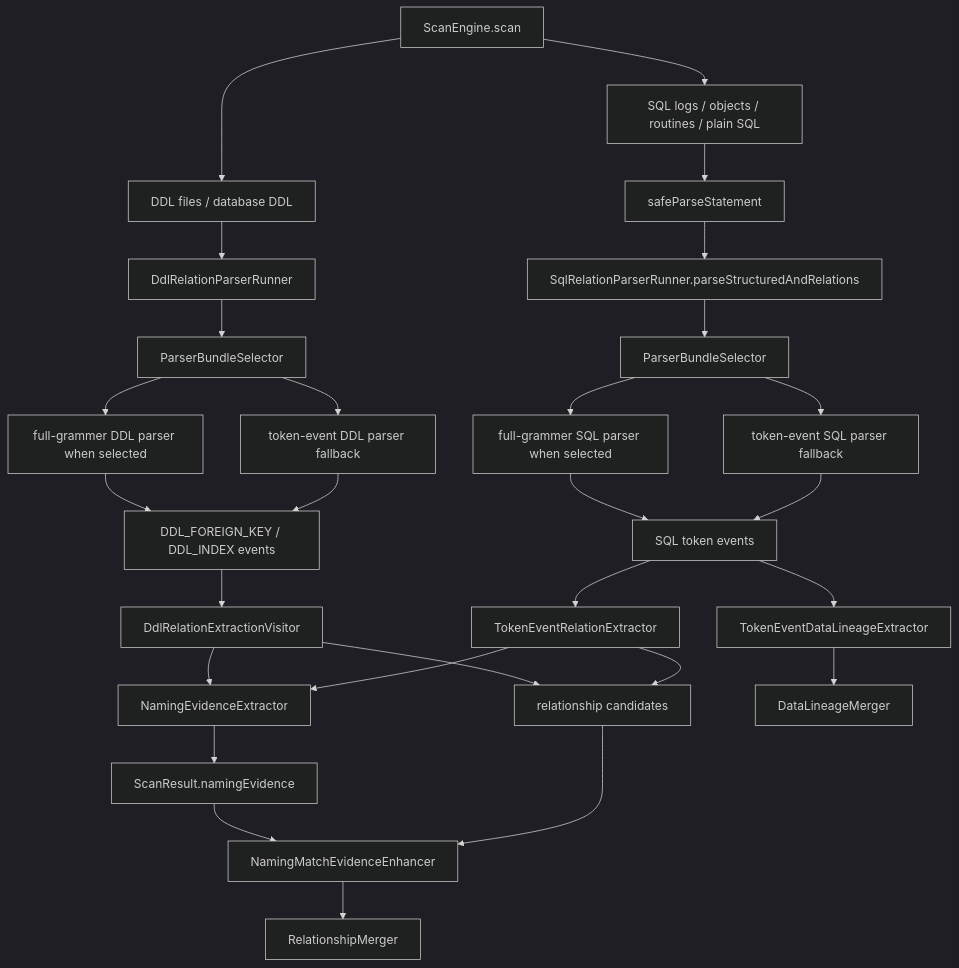
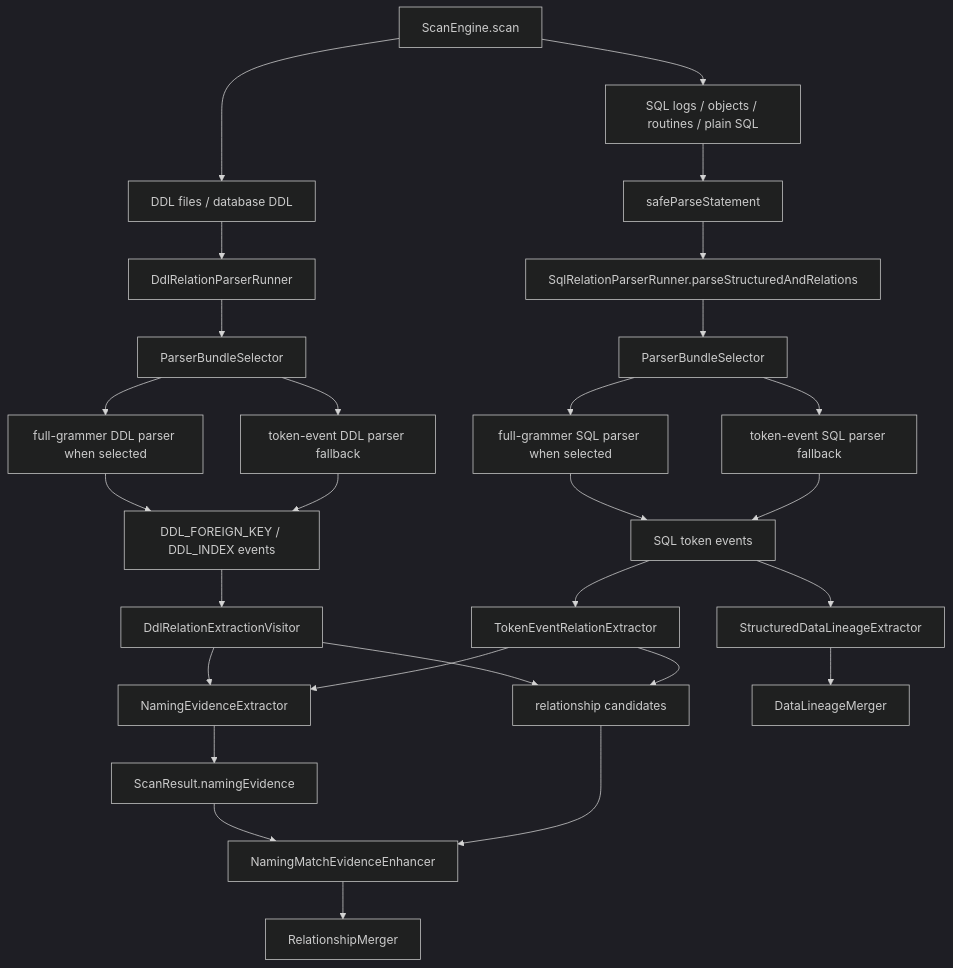
One commit to xiaoguang/relation-detector changed the first of 7 diagrams in docs/design/relation-detector/phase-06-parser-enhancement.md. Above: the diagram before and after it, drawn with Mermaid (dark theme). The commit also changed other lines of this file and 15 other files, not shown here.

````diff
--- a/docs/design/relation-detector/phase-06-parser-enhancement.md
+++ b/docs/design/relation-detector/phase-06-parser-enhancement.md
@@ -234,33 +234,33 @@
 ```mermaid
 flowchart TD
   scan["ScanEngine.scan"]
 
   scan --> ddlInput["DDL files / database DDL"]
   ddlInput --> ddlRunner["DdlRelationParserRunner"]
   ddlRunner --> ddlBundle["ParserBundleSelector"]
   ddlBundle --> ddlFull["full-grammer DDL parser when selected"]
   ddlBundle --> ddlToken["token-event DDL parser fallback"]
   ddlFull --> ddlEvents["DDL_FOREIGN_KEY / DDL_INDEX events"]
   ddlToken --> ddlEvents
   ddlEvents --> ddlRel["DdlRelationExtractionVisitor"]
   ddlRel --> namingExtract["NamingEvidenceExtractor"]
   ddlRel --> relCandidates["relationship candidates"]
 
   scan --> sqlInput["SQL logs / objects / routines / plain SQL"]
   sqlInput --> safeSql["safeParseStatement"]
   safeSql --> sqlRunner["SqlRelationParserRunner.parseStructuredAndRelations"]
   sqlRunner --> sqlBundle["ParserBundleSelector"]
   sqlBundle --> sqlFull["full-grammer SQL parser when selected"]
   sqlBundle --> sqlToken["token-event SQL parser fallback"]
   sqlFull --> sqlEvents["SQL token events"]
   sqlToken --> sqlEvents
-  sqlEvents --> lineage["TokenEventDataLineageExtractor"]
+  sqlEvents --> lineage["StructuredDataLineageExtractor"]
   lineage --> lineageMerge["DataLineageMerger"]
   sqlEvents --> sqlRel["TokenEventRelationExtractor"]
   sqlRel --> namingExtract
   sqlRel --> relCandidates
   namingExtract --> namingPool["ScanResult.namingEvidence"]
   namingPool --> namingEnhancer["NamingMatchEvidenceEnhancer"]
   relCandidates --> namingEnhancer
   namingEnhancer --> relMerge["RelationshipMerger"]
 ```
````
